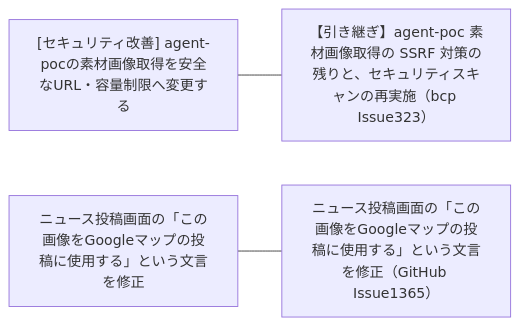
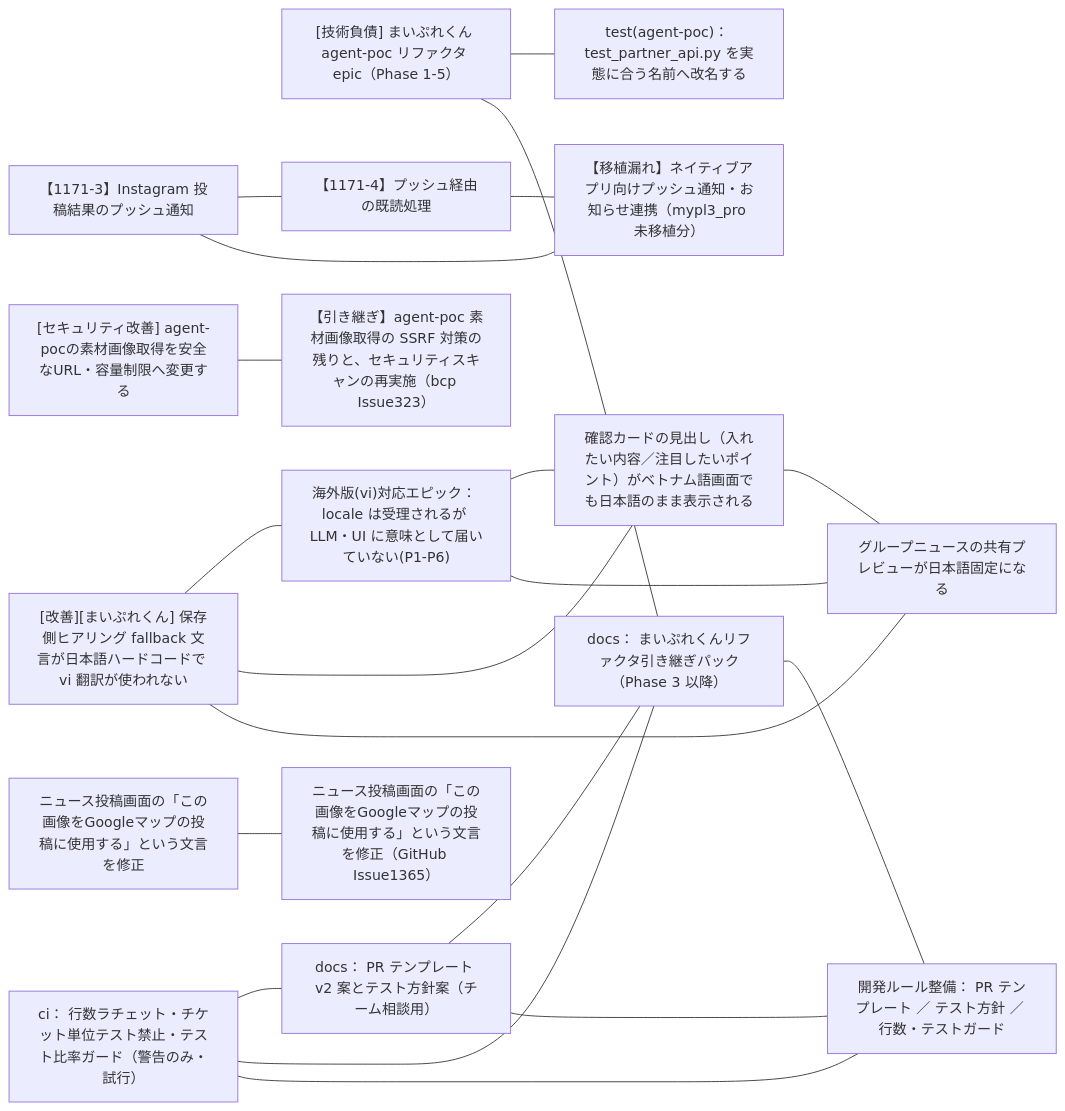
The diagram in tasks/関連図.md (FLNYoshidaRyuta/task_management), drawn with Mermaid before and after one commit. The commit also changed 40 other files, not shown here.

````diff
--- a/tasks/関連図.md
+++ b/tasks/関連図.md
@@ -3,9 +3,39 @@
 ```mermaid
 flowchart LR
-    T0["[セキュリティ改善] agent-pocの素材画像取得を安全なURL・容量制限へ変更する"]
-    T1["【引き継ぎ】agent-poc 素材画像取得の SSRF 対策の残りと、セキュリティスキャンの再実施（bcp Issue323）"]
-    T2["ニュース投稿画面の「この画像をGoogleマップの投稿に使用する」という文言を修正"]
-    T3["ニュース投稿画面の「この画像をGoogleマップの投稿に使用する」という文言を修正（GitHub Issue1365）"]
+    T0["[技術負債] まいぷれくん agent-poc リファクタ epic（Phase 1-5）"]
+    T1["test(agent-poc)： test_partner_api.py を実態に合う名前へ改名する"]
+    T2["[改善][まいぷれくん] 保存側ヒアリング fallback 文言が日本語ハードコードで vi 翻訳が使われない"]
+    T3["海外版(vi)対応エピック： locale は受理されるが LLM・UI に意味として届いていない(P1-P6)"]
+    T4["確認カードの見出し（入れたい内容／注目したいポイント）がベトナム語画面でも日本語のまま表示される"]
+    T5["【1171-3】Instagram 投稿結果のプッシュ通知"]
+    T6["【1171-4】プッシュ経由の既読処理"]
+    T7["【移植漏れ】ネイティブアプリ向けプッシュ通知・お知らせ連携（mypl3_pro 未移植分）"]
+    T8["グループニュースの共有プレビューが日本語固定になる"]
+    T9["[セキュリティ改善] agent-pocの素材画像取得を安全なURL・容量制限へ変更する"]
+    T10["【引き継ぎ】agent-poc 素材画像取得の SSRF 対策の残りと、セキュリティスキャンの再実施（bcp Issue323）"]
+    T11["ニュース投稿画面の「この画像をGoogleマップの投稿に使用する」という文言を修正"]
+    T12["ニュース投稿画面の「この画像をGoogleマップの投稿に使用する」という文言を修正（GitHub Issue1365）"]
+    T13["ci： 行数ラチェット・チケット単位テスト禁止・テスト比率ガード（警告のみ・試行）"]
+    T14["docs： PR テンプレート v2 案とテスト方針案（チーム相談用）"]
+    T15["docs： まいぷれくんリファクタ引き継ぎパック（Phase 3 以降）"]
+    T16["開発ルール整備： PR テンプレート ／ テスト方針 ／ 行数・テストガード"]
     T0 --- T1
+    T0 --- T15
     T2 --- T3
+    T2 --- T4
+    T2 --- T8
+    T3 --- T4
+    T3 --- T8
+    T4 --- T8
+    T5 --- T6
+    T5 --- T7
+    T6 --- T7
+    T9 --- T10
+    T11 --- T12
+    T13 --- T14
+    T13 --- T15
+    T13 --- T16
+    T14 --- T15
+    T14 --- T16
+    T15 --- T16
 ```
````
